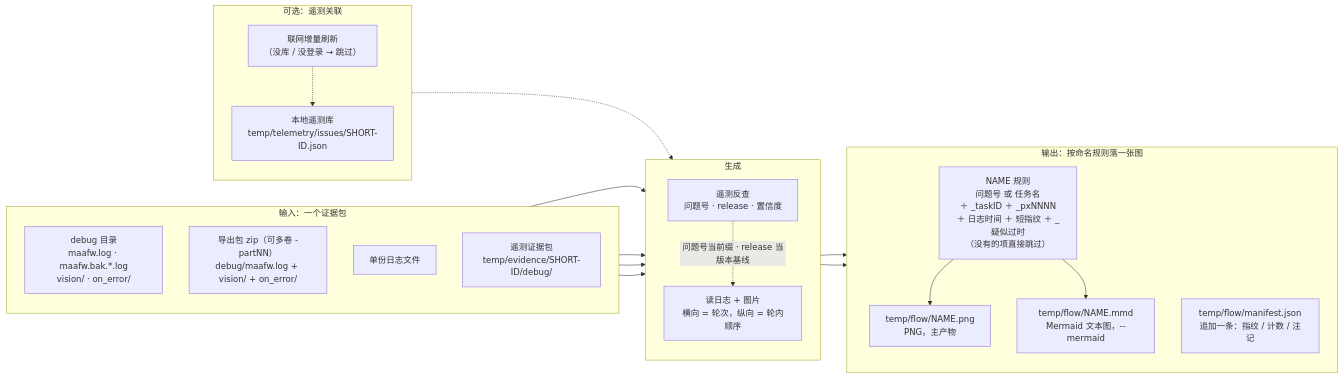
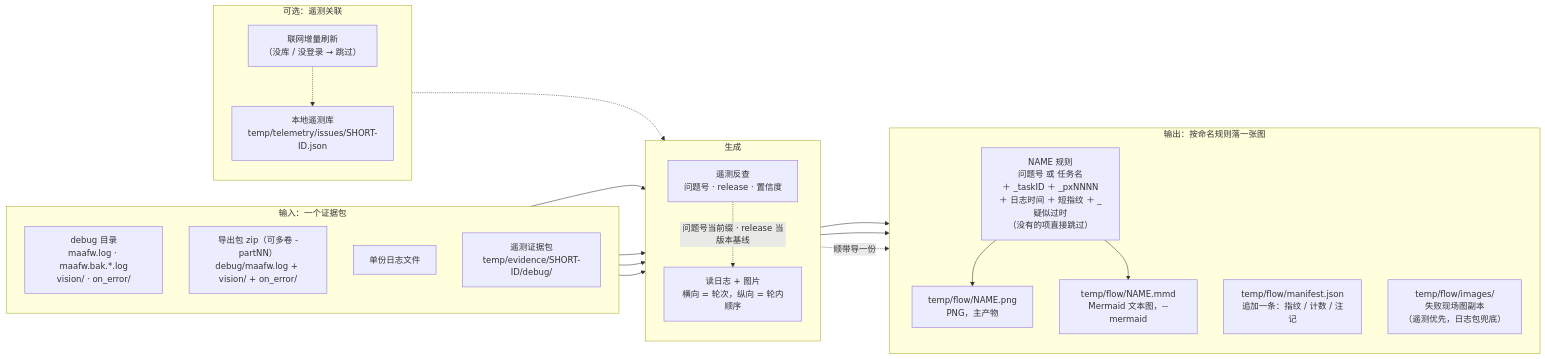
One commit to melancholyFishAndWater/MaaAshArms changed the first of 2 diagrams in tools/drawing/docs/packs.md. Above: the diagram before and after it, drawn with Mermaid. The commit also changed other lines of this file and 9 other files, not shown here.

First line of the commit message:
feat(drawing): 现场图复制进 temp/flow/images/（遥测优先，日志包兜底）

````diff
--- a/tools/drawing/docs/packs.md
+++ b/tools/drawing/docs/packs.md
@@ -8,42 +8,44 @@
 ```mermaid
 flowchart LR
     subgraph IN["输入：一个证据包"]
         direction TB
         I1["debug 目录<br/>maafw.log · maafw.bak.*.log<br/>vision/ · on_error/"]
         I2["导出包 zip（可多卷 -partNN）<br/>debug/maafw.log + vision/ + on_error/"]
         I3["单份日志文件"]
         I4["遥测证据包<br/>temp/evidence/SHORT-ID/debug/"]
     end
 
     subgraph TEL["可选：遥测关联"]
         direction TB
         T1["本地遥测库<br/>temp/telemetry/issues/SHORT-ID.json"]
         T2["联网增量刷新<br/>（没库 / 没登录 → 跳过）"]
     end
 
     subgraph GEN["生成"]
         direction TB
         G1["读日志 + 图片<br/>横向 = 轮次，纵向 = 轮内顺序"]
         G2["遥测反查<br/>问题号 · release · 置信度"]
     end
 
     subgraph OUT["输出：按命名规则落一张图"]
         direction TB
         N1["NAME 规则<br/>问题号 或 任务名<br/>＋ _taskID ＋ _pxNNNN<br/>＋ 日志时间 ＋ 短指纹 ＋ _疑似过时<br/>（没有的项直接跳过）"]
         O1["temp/flow/NAME.png<br/>PNG，主产物"]
         O2["temp/flow/NAME.mmd<br/>Mermaid 文本图，--mermaid"]
         O3["temp/flow/manifest.json<br/>追加一条：指纹 / 计数 / 注记"]
+        O4["temp/flow/images/<br/>失败现场图副本<br/>（遥测优先，日志包兜底）"]
     end
 
     I1 --> G1
     I2 --> G1
     I3 --> G1
     I4 --> G1
     T2 -.-> T1
     T1 -.-> G2
     G2 -.->|问题号当前缀 · release 当版本基线| G1
     G1 --> N1
     N1 --> O1
     N1 --> O2
     G1 --> O3
+    G1 -.->|顺带导一份| O4
 ```
````
